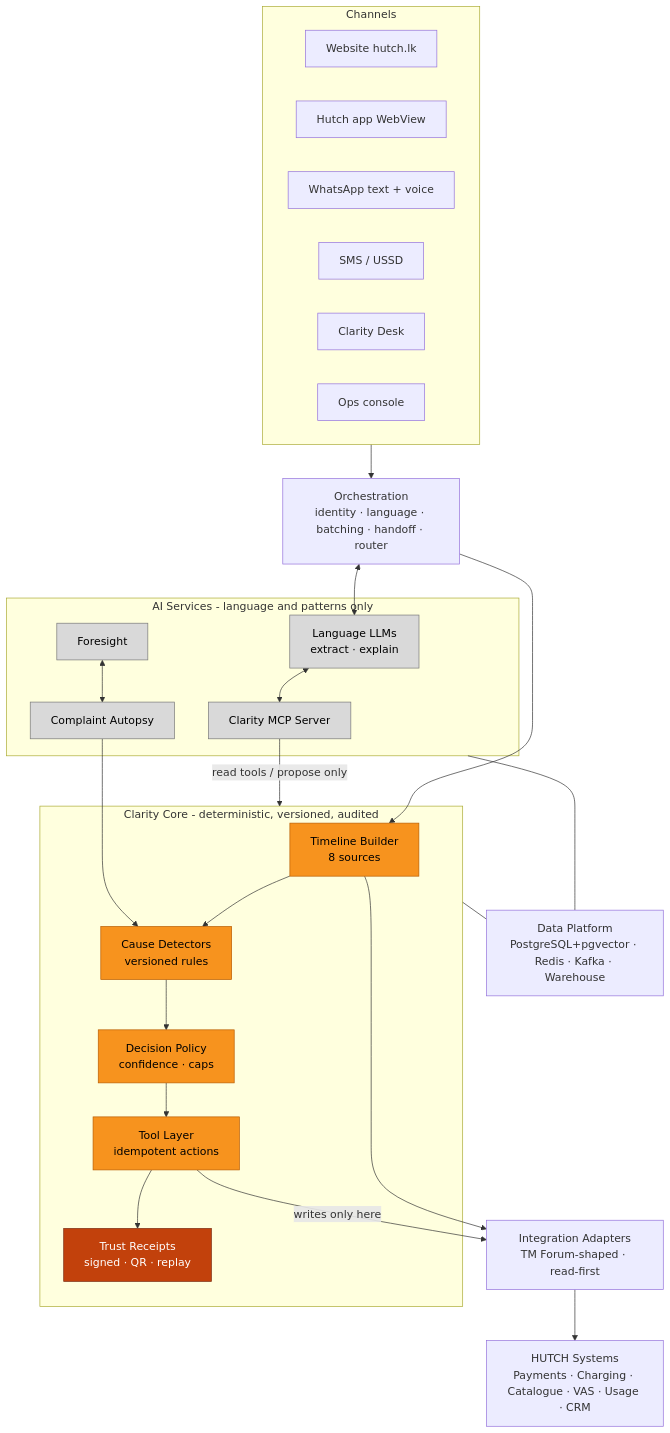
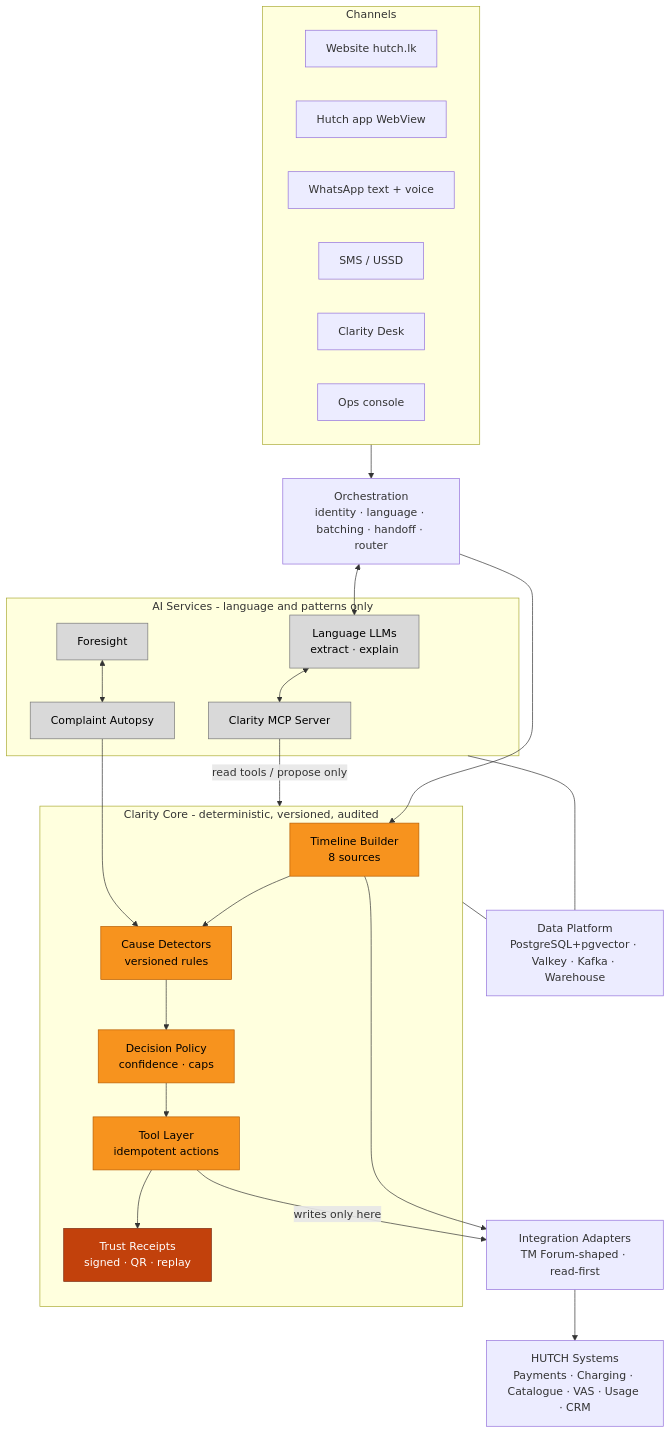
Before and after one commit to Pasidu-Mihiranga/HutchClarity: the first of 18 diagrams in docs/enterprise-plan/05-architecture-diagrams.md, drawn with Mermaid. The commit also changed other lines of this file and 103 other files, not shown here.

````diff
--- a/docs/enterprise-plan/05-architecture-diagrams.md
+++ b/docs/enterprise-plan/05-architecture-diagrams.md
@@ -13,47 +15,47 @@
 ```mermaid
 flowchart TB
     subgraph CH["Channels"]
         WEB["Website hutch.lk"]
         APP["Hutch app WebView"]
         WA["WhatsApp text + voice"]
         SMS["SMS / USSD"]
         DESK["Clarity Desk"]
         OPS["Ops console"]
     end
     ORCH["Orchestration<br/>identity · language · batching · handoff · router"]
     subgraph CORE["Clarity Core - deterministic, versioned, audited"]
         TL["Timeline Builder<br/>8 sources"]
         CD["Cause Detectors<br/>versioned rules"]
         DP["Decision Policy<br/>confidence · caps"]
         TOOL["Tool Layer<br/>idempotent actions"]
         TR["Trust Receipts<br/>signed · QR · replay"]
     end
     subgraph AI["AI Services - language and patterns only"]
         LLM["Language LLMs<br/>extract · explain"]
         MCP["Clarity MCP Server"]
         AUT["Complaint Autopsy"]
         FOR["Foresight"]
     end
     ADP["Integration Adapters<br/>TM Forum-shaped · read-first"]
     HS["HUTCH Systems<br/>Payments · Charging · Catalogue · VAS · Usage · CRM"]
-    DATA["Data Platform<br/>PostgreSQL+pgvector · Redis · Kafka · Warehouse"]
+    DATA["Data Platform<br/>PostgreSQL+pgvector · Valkey · Kafka · Warehouse"]
 
     CH --> ORCH --> TL --> CD --> DP --> TOOL --> TR
     ORCH <--> LLM
     LLM <--> MCP
     MCP -->|"read tools / propose only"| CORE
     AUT --> CD
     FOR <--> AUT
     TL --> ADP
     TOOL -->|"writes only here"| ADP
     ADP --> HS
     CORE --- DATA
     AI --- DATA
 
     classDef det fill:#F7931E,stroke:#B85C00,color:#000
     classDef ai fill:#D9D9D9,stroke:#777,color:#000
     classDef proof fill:#C2410C,stroke:#7C2D12,color:#fff
     class TL,CD,DP,TOOL det
     class LLM,MCP,AUT,FOR ai
     class TR proof
 ```
````
